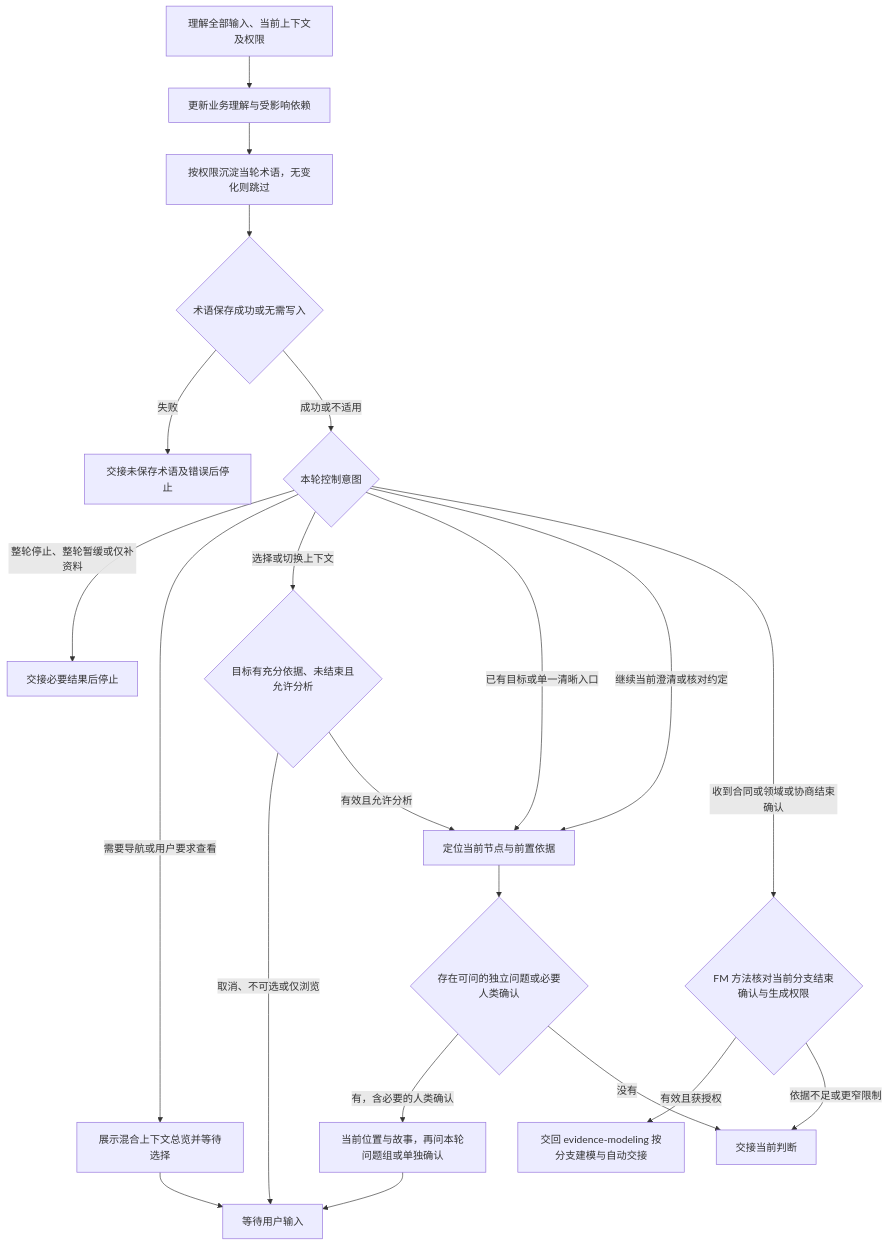
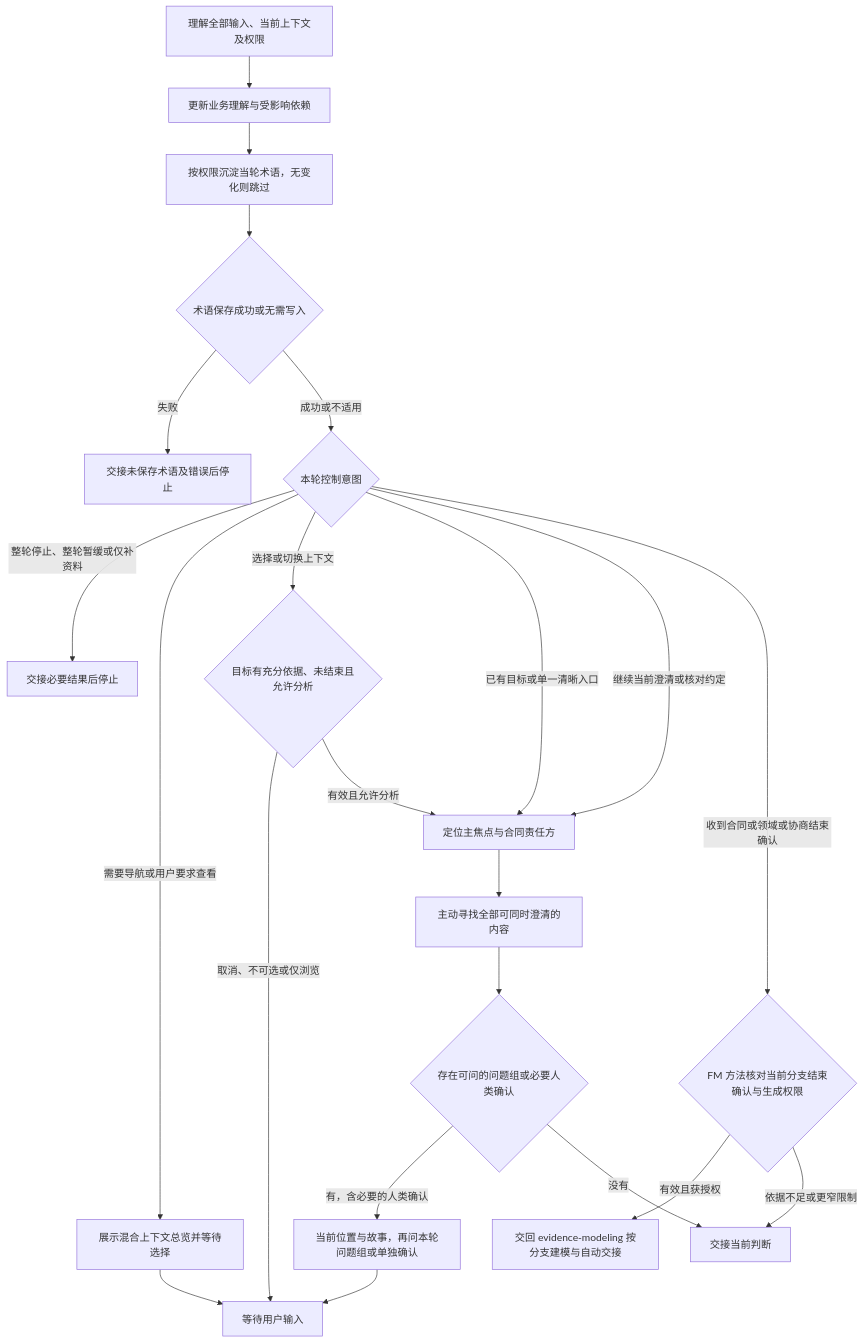
Before and after one commit to JayClock/Evidence-Framework: the diagram in .agents/skills/evidence-discovery/references/interview.md, drawn with Mermaid. The commit also changed other lines of this file and 34 other files, not shown here.

````diff
--- a/.agents/skills/evidence-discovery/references/interview.md
+++ b/.agents/skills/evidence-discovery/references/interview.md
@@ -9,39 +9,41 @@
 ```mermaid
 flowchart TD
     input[理解全部输入、当前上下文及权限]
     understanding[更新业务理解与受影响依赖]
     language[按权限沉淀当轮术语，无变化则跳过]
     languageSaved{术语保存成功或无需写入}
     control{本轮控制意图}
     closure{FM 方法核对当前分支结束确认与生成权限}
     batch[交回 evidence-modeling 按分支建模与自动交接]
     navigation[展示混合上下文总览并等待选择]
     selection{目标有充分依据、未结束且允许分析}
-    focus[定位当前节点与前置依据]
-    needed{存在可问的独立问题或必要人类确认}
+    focus[定位主焦点与合同责任方]
+    group[主动寻找全部可同时澄清的内容]
+    needed{存在可问的问题组或必要人类确认}
     question[当前位置与故事，再问本轮问题组或单独确认]
     failed[交接未保存术语及错误后停止]
     stop[交接必要结果后停止]
     handoff[交接当前判断]
     wait[等待用户输入]
     input --> understanding
     understanding --> language
     language --> languageSaved
     languageSaved -->|失败| failed
     languageSaved -->|成功或不适用| control
     control -->|整轮停止、整轮暂缓或仅补资料| stop
     control -->|需要导航或用户要求查看| navigation
     control -->|选择或切换上下文| selection
     control -->|已有目标或单一清晰入口| focus
     control -->|继续当前澄清或核对约定| focus
     control -->|收到合同或领域或协商结束确认| closure
     closure -->|有效且获授权| batch
     closure -->|依据不足或更窄限制| handoff
     navigation --> wait
     selection -->|取消、不可选或仅浏览| wait
     selection -->|有效且允许分析| focus
-    focus --> needed
+    focus --> group
+    group --> needed
     needed -->|有，含必要的人类确认| question
     needed -->|没有| handoff
     question --> wait
 ```
````
